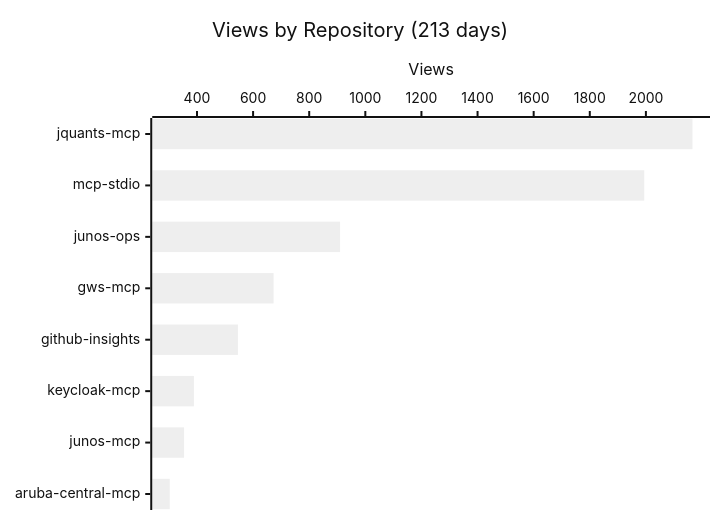
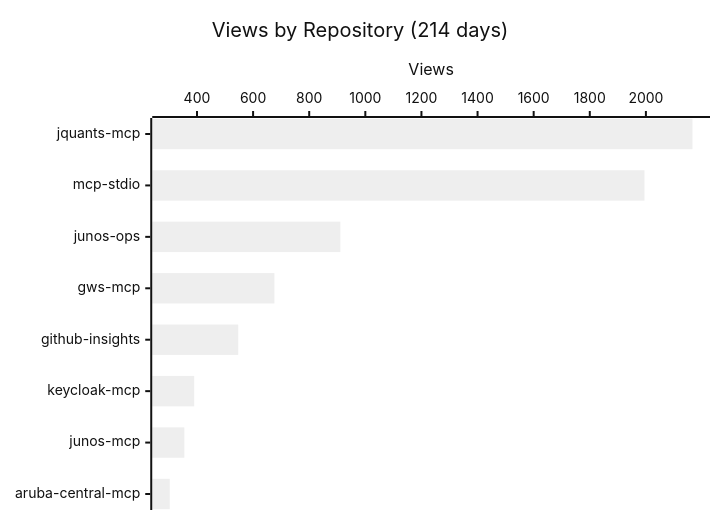
Before and after one commit to shigechika/github-insights: the first of 4 diagrams in README.md, drawn with Mermaid (neutral theme). The commit also changed other lines of this file and 2 other files, not shown here.

````diff
--- a/README.md
+++ b/README.md
@@ -18,7 +18,7 @@
 ```mermaid
 xychart-beta horizontal
-    title "Views by Repository (213 days)"
+    title "Views by Repository (214 days)"
     x-axis ["jquants-mcp", "mcp-stdio", "junos-ops", "gws-mcp", "github-insights", "keycloak-mcp", "junos-mcp", "aruba-central-mcp"]
     y-axis "Views"
-    bar [2166, 1994, 910, 673, 546, 389, 354, 303]
+    bar [2166, 1995, 911, 676, 547, 390, 355, 303]
 ```
````
